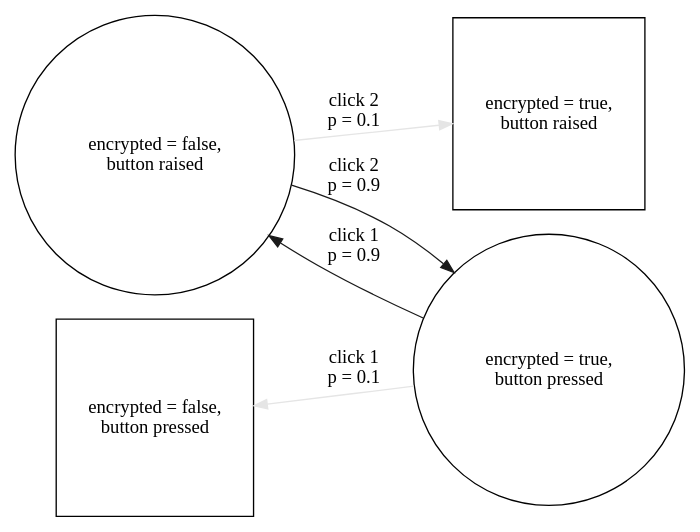
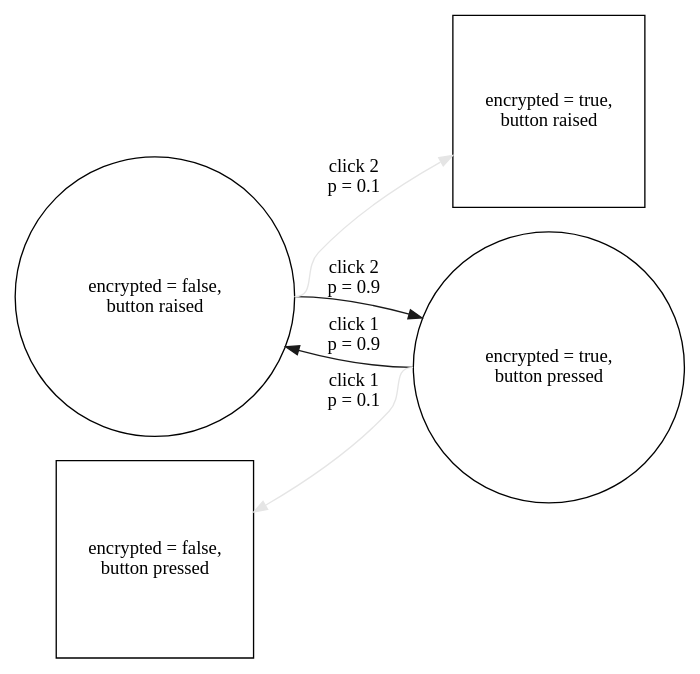
One commit to adrifelt/ux-model-graphs changed the diagram in 02-simple-boolean-with-confusion.dot. Above: the diagram before and after it, drawn with Graphviz. The commit also changed 2 other files, not shown here.

```diff
--- a/02-simple-boolean-with-confusion.dot
+++ b/02-simple-boolean-with-confusion.dot
@@ -1,21 +1,21 @@
 digraph "02-simple-boolean-with-confusion" {
   rankdir = LR;
   node [
     shape = circle
   ];
 
   off [ label = "encrypted = false,\nbutton raised" ];
   on [ label = "encrypted = true,\nbutton pressed" ];
 
+  subgraph { rank = same; on_confused; off; };
+  subgraph { rank = same; off_confused; on; };
+
   off_confused [ label = "encrypted = true,\nbutton raised", shape = square ];
   on_confused [ label = "encrypted = false,\nbutton pressed", shape = square ];
 
-  subgraph { rank = same; on_confused; off; };
-  subgraph { rank = same; off_confused; on; };
+  off:e -> off_confused [ label = "click 2\np = 0.1", color = grey90, weight = 1 ];
+  off:e -> on [ label = "click 2\np = 0.9", color = grey10, weight = 9 ];
 
-  on -> on_confused [ label = "click 1\np = 0.1", color = grey90 ];
-  on -> off [ label = "click 1\np = 0.9", color = grey10 ];
-
-  off -> off_confused [ label = "click 2\np = 0.1", color = grey90 ];
-  off -> on [ label = "click 2\np = 0.9", color = grey10];
+  on:w -> on_confused [ label = "click 1\np = 0.1", color = grey90, weight = 1 ];
+  on:w -> off [ label = "click 1\np = 0.9", color = grey10, weight = 9 ];
 }
```
